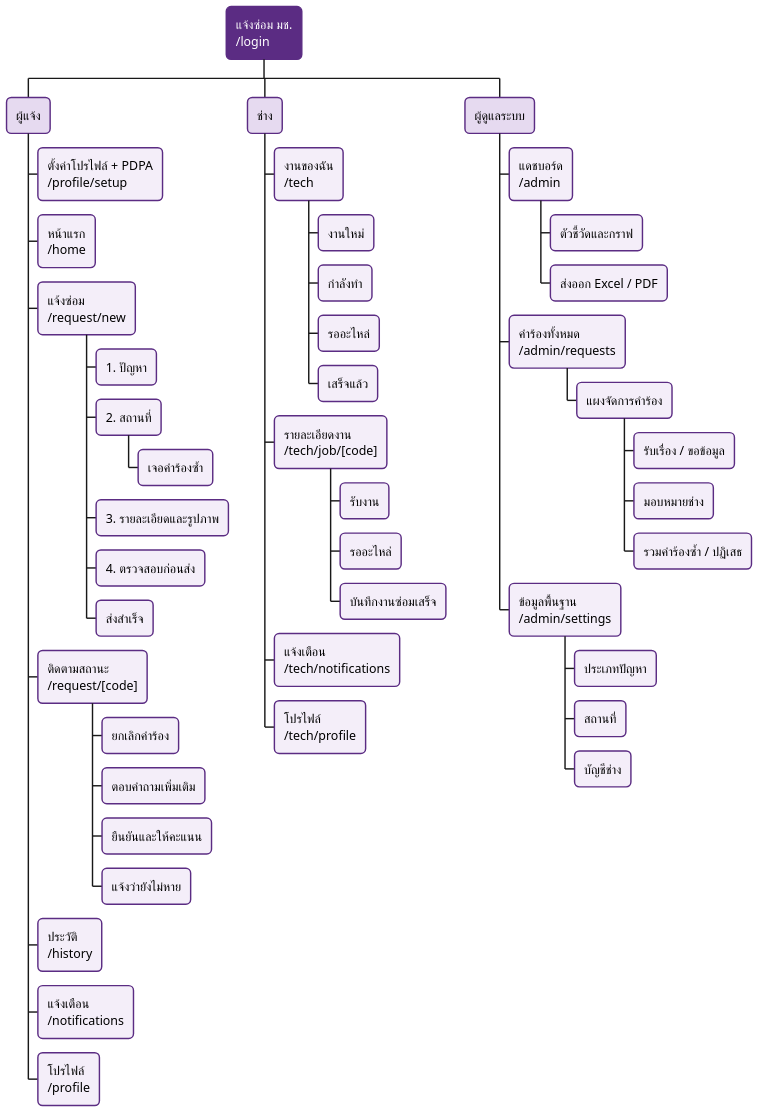
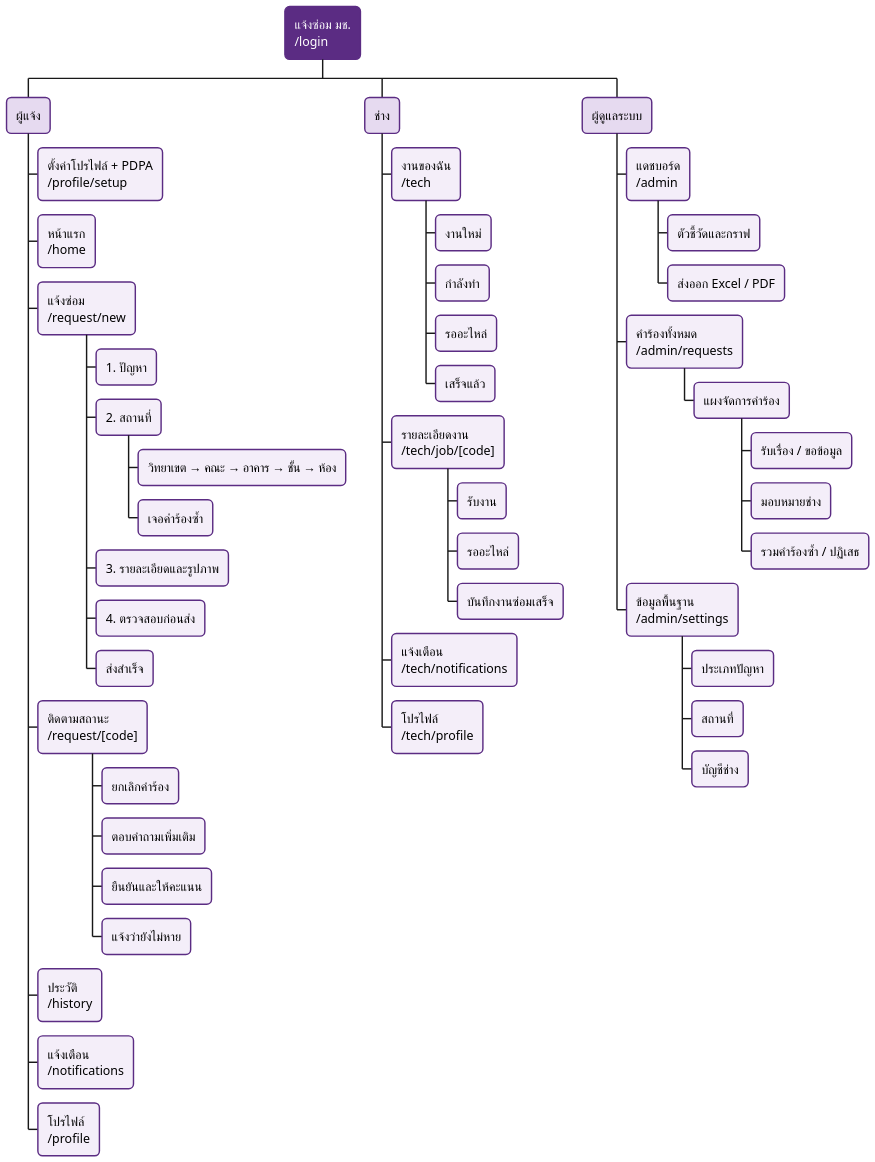
One commit to Nexzerf/SmartCMUMaintenanceSystem changed the diagram in report/diagrams/07-ia.puml. Above: the diagram before and after it, drawn with PlantUML. The commit also changed 30 other files, not shown here.

```diff
--- a/report/diagrams/07-ia.puml
+++ b/report/diagrams/07-ia.puml
@@ -1,66 +1,67 @@
 @startwbs ia
 ' สถาปัตยกรรมสารสนเทศ (Sitemap) ตรงกับ route ของเว็บ
 skinparam defaultFontName "Leelawadee UI"
 skinparam defaultFontSize 13
 skinparam dpi 150
 <style>
 wbsDiagram {
   node {
     BackgroundColor #F4EEF9
     LineColor #5B2C83
     RoundCorner 10
   }
   :depth(0) {
     BackgroundColor #5B2C83
     FontColor white
   }
   :depth(1) {
     BackgroundColor #E6DAF0
   }
 }
 </style>
 * แจ้งซ่อม มช.\n/login
 ** ผู้แจ้ง
 *** ตั้งค่าโปรไฟล์ + PDPA\n/profile/setup
 *** หน้าแรก\n/home
 *** แจ้งซ่อม\n/request/new
 **** 1. ปัญหา
 **** 2. สถานที่
+***** วิทยาเขต → คณะ → อาคาร → ชั้น → ห้อง
 ***** เจอคำร้องซ้ำ
 **** 3. รายละเอียดและรูปภาพ
 **** 4. ตรวจสอบก่อนส่ง
 **** ส่งสำเร็จ
 *** ติดตามสถานะ\n/request/[code]
 **** ยกเลิกคำร้อง
 **** ตอบคำถามเพิ่มเติม
 **** ยืนยันและให้คะแนน
 **** แจ้งว่ายังไม่หาย
 *** ประวัติ\n/history
 *** แจ้งเตือน\n/notifications
 *** โปรไฟล์\n/profile
 ** ช่าง
 *** งานของฉัน\n/tech
 **** งานใหม่
 **** กำลังทำ
 **** รออะไหล่
 **** เสร็จแล้ว
 *** รายละเอียดงาน\n/tech/job/[code]
 **** รับงาน
 **** รออะไหล่
 **** บันทึกงานซ่อมเสร็จ
 *** แจ้งเตือน\n/tech/notifications
 *** โปรไฟล์\n/tech/profile
 ** ผู้ดูแลระบบ
 *** แดชบอร์ด\n/admin
 **** ตัวชี้วัดและกราฟ
 **** ส่งออก Excel / PDF
 *** คำร้องทั้งหมด\n/admin/requests
 **** แผงจัดการคำร้อง
 ***** รับเรื่อง / ขอข้อมูล
 ***** มอบหมายช่าง
 ***** รวมคำร้องซ้ำ / ปฏิเสธ
 *** ข้อมูลพื้นฐาน\n/admin/settings
 **** ประเภทปัญหา
 **** สถานที่
 **** บัญชีช่าง
 @endwbs
```
